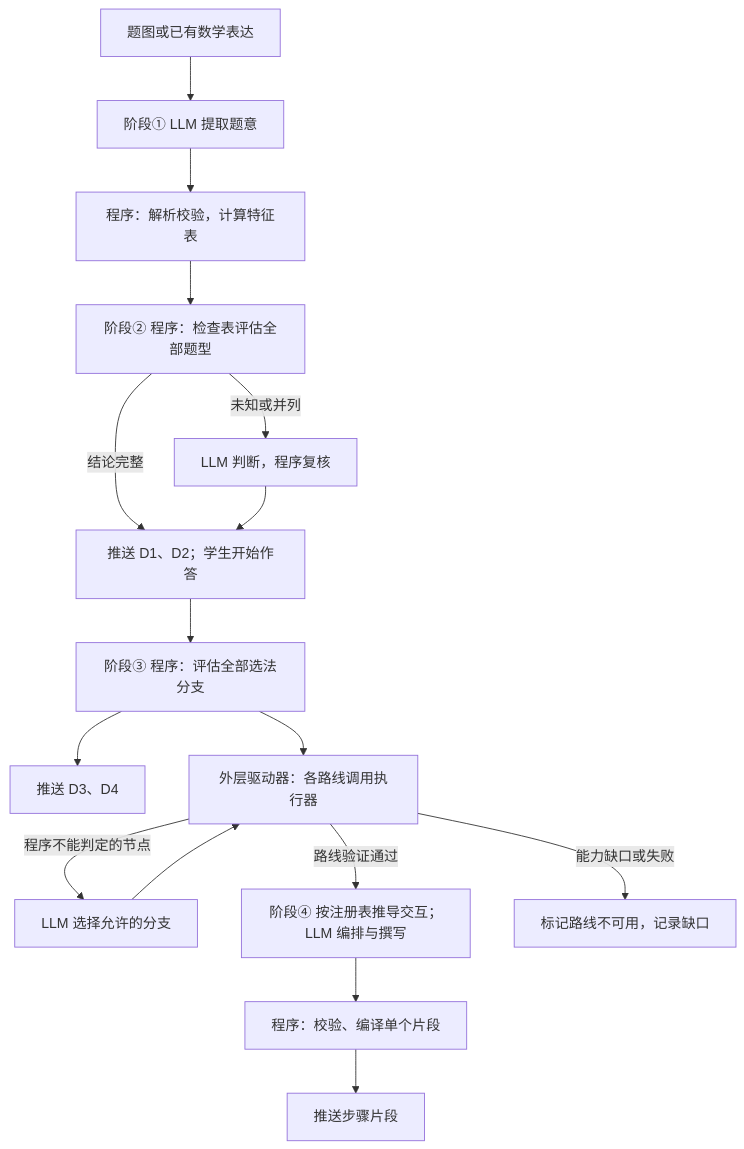
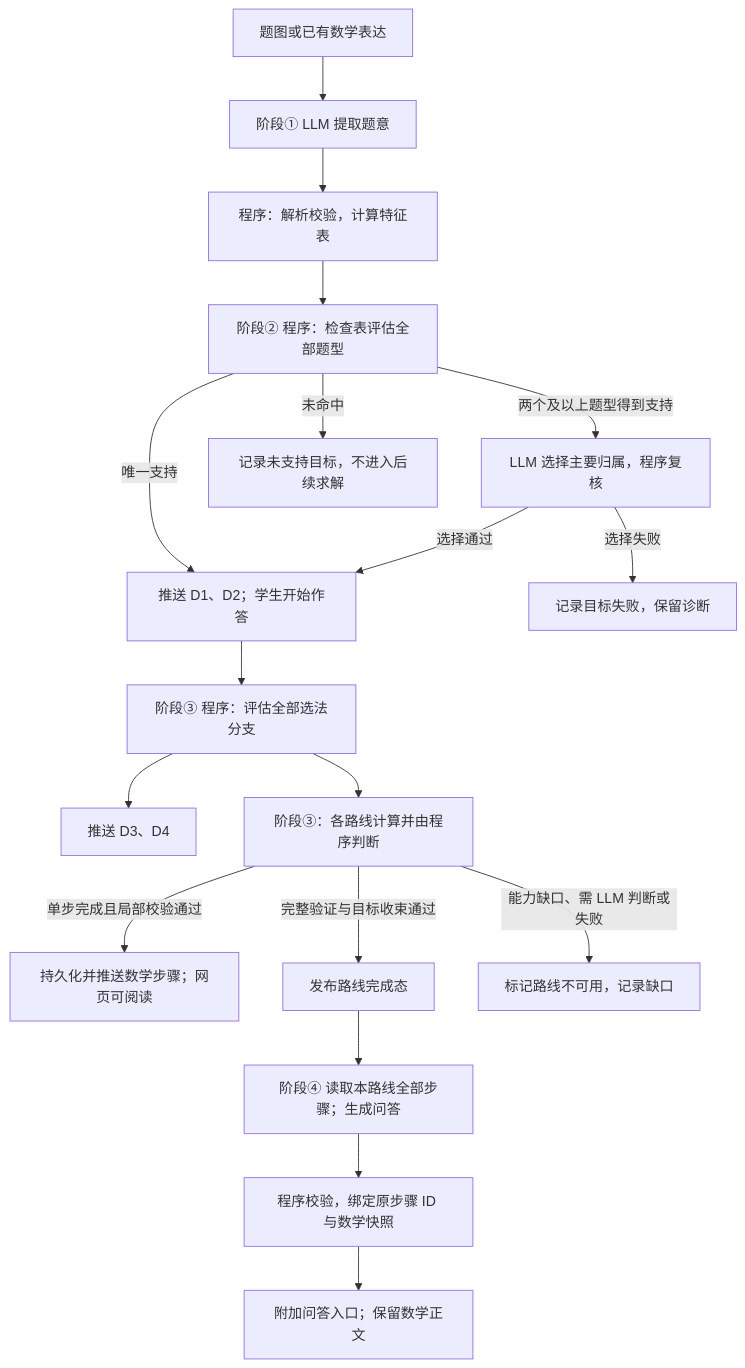
One commit to Intorain/shuxueshuo changed the first of 2 diagrams in docs/graph-guided-interactive-lesson-design.md. Above: the diagram before and after it, drawn with Mermaid. The commit also changed other lines of this file and 26 other files, not shown here.

Commit message:
feat(graph-lesson): implement stage three method selection batch 1a

````diff
--- a/docs/graph-guided-interactive-lesson-design.md
+++ b/docs/graph-guided-interactive-lesson-design.md
@@ -42,18 +43,20 @@
 ```mermaid
 flowchart TD
     A[题图或已有数学表达] --> B[阶段① LLM 提取题意]
     B --> C[程序：解析校验，计算特征表]
     C --> D[阶段② 程序：检查表评估全部题型]
-    D -->|未知或并列| E[LLM 判断，程序复核]
-    D -->|结论完整| F
-    E --> F[推送 D1、D2；学生开始作答]
+    D -->|两个及以上题型得到支持| E[LLM 选择主要归属，程序复核]
+    D -->|唯一支持| F
+    D -->|未命中| O[记录未支持目标，不进入后续求解]
+    E -->|选择通过| F[推送 D1、D2；学生开始作答]
+    E -->|选择失败| P[记录目标失败，保留诊断]
     F --> G[阶段③ 程序：评估全部选法分支]
     G --> H[推送 D3、D4]
-    G --> I[外层驱动器：各路线调用执行器]
-    I -->|程序不能判定的节点| J[LLM 选择允许的分支]
-    J --> I
-    I -->|路线验证通过| K[阶段④ 按注册表推导交互；LLM 编排与撰写]
-    K --> L[程序：校验、编译单个片段]
-    L --> M[推送步骤片段]
-    I -->|能力缺口或失败| N[标记路线不可用，记录缺口]
+    G --> I[阶段③：各路线计算并由程序判断]
+    I -->|单步完成且局部校验通过| J[持久化并推送数学步骤；网页可阅读]
+    I -->|完整验证与目标收束通过| R[发布路线完成态]
+    R --> K[阶段④ 读取本路线全部步骤；生成问答]
+    K --> L[程序校验，绑定原步骤 ID 与数学快照]
+    L --> M[附加问答入口；保留数学正文]
+    I -->|能力缺口、需 LLM 判断或失败| N[标记路线不可用，记录缺口]
 ```
````
